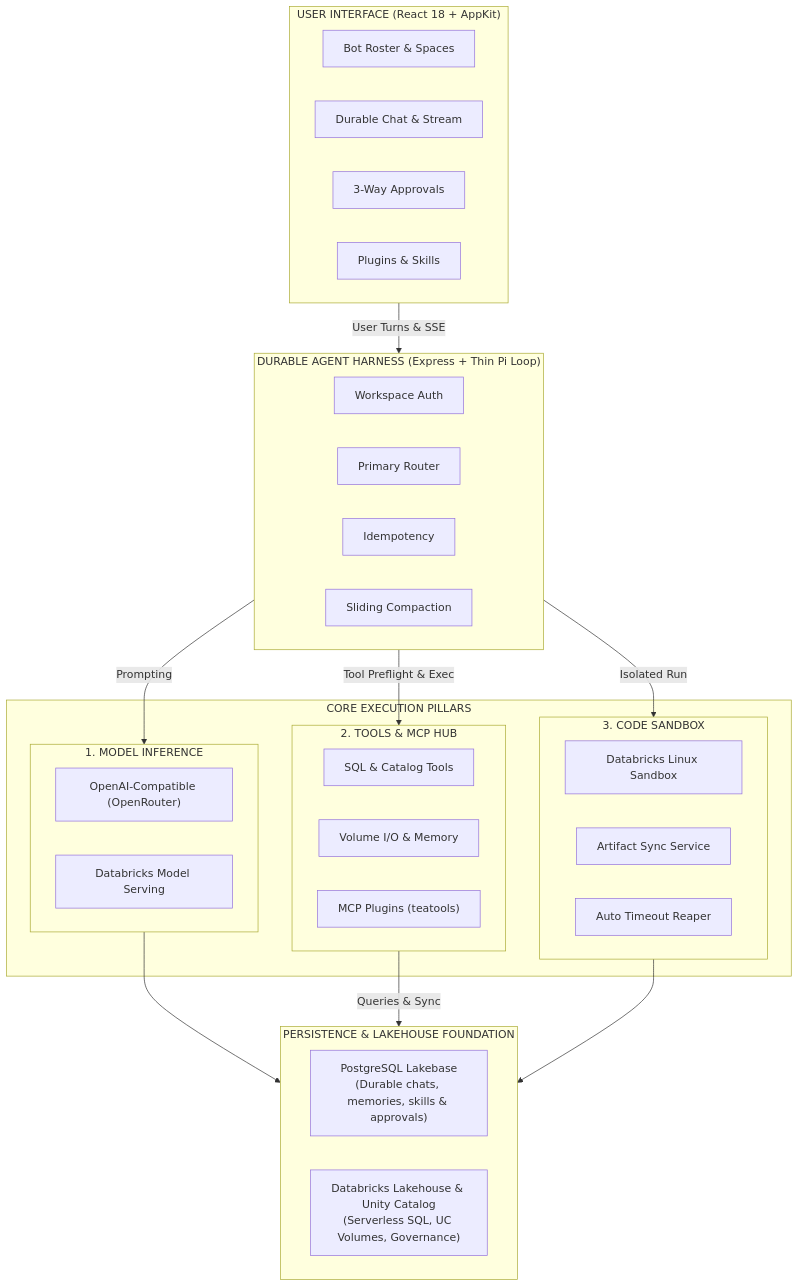
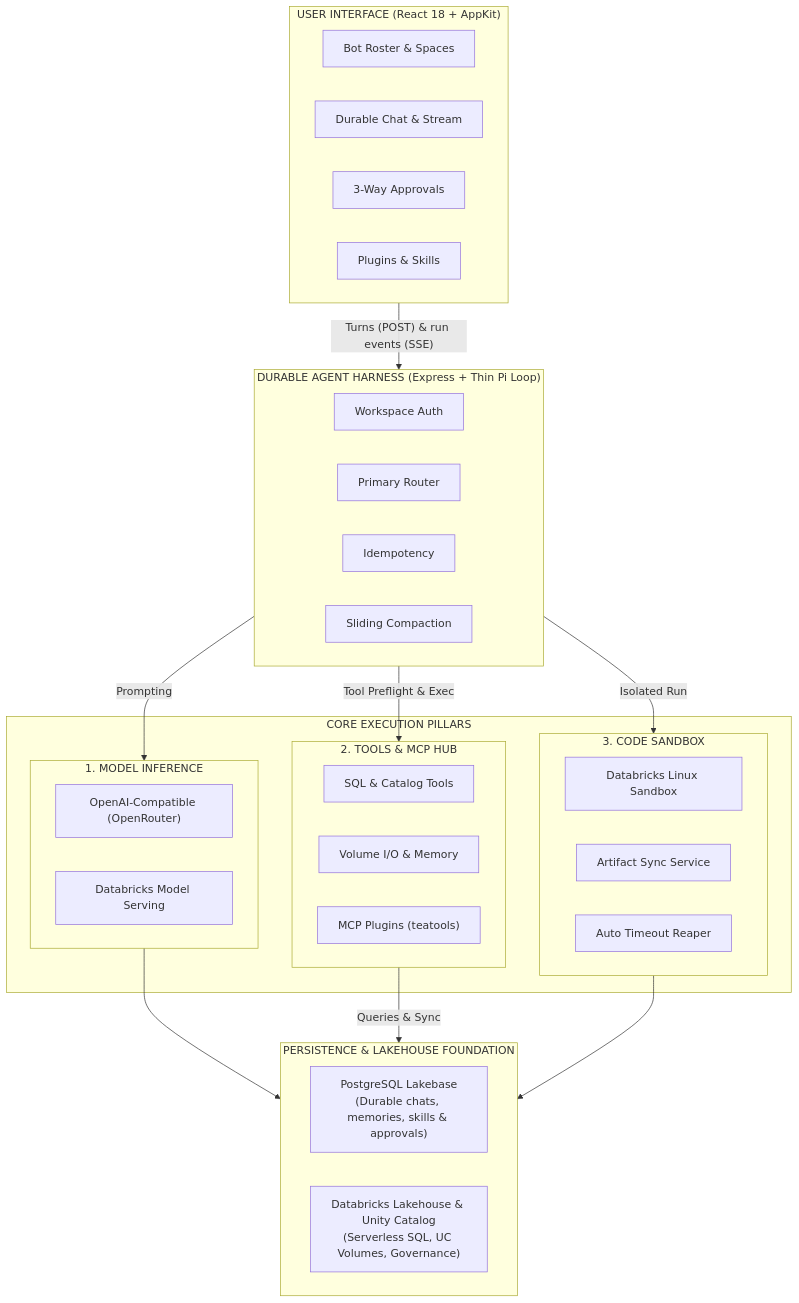
The diagram in docs/architecture.md (matheusbuniotto/bricksbot), drawn with Mermaid before and after one commit. The commit also changed other lines of this file and 21 other files, not shown here.

First line of the commit message:
feat: SSE run feed, token streaming, and an async client

````diff
--- a/docs/architecture.md
+++ b/docs/architecture.md
@@ -11,51 +11,51 @@
 ```mermaid
 flowchart TD
   subgraph UI ["USER INTERFACE (React 18 + AppKit)"]
     direction LR
     U1["Bot Roster & Spaces"]
     U2["Durable Chat & Stream"]
     U3["3-Way Approvals"]
     U4["Plugins & Skills"]
   end
 
   subgraph Gateway ["DURABLE AGENT HARNESS (Express + Thin Pi Loop)"]
     direction LR
     G1["Workspace Auth"]
     G2["Primary Router"]
     G3["Idempotency"]
     G4["Sliding Compaction"]
   end
 
   subgraph Pillars ["CORE EXECUTION PILLARS"]
     subgraph P1 ["1. MODEL INFERENCE"]
       M1["OpenAI-Compatible (OpenRouter)"]
       M2["Databricks Model Serving"]
     end
 
     subgraph P2 ["2. TOOLS & MCP HUB"]
       T1["SQL & Catalog Tools"]
       T2["Volume I/O & Memory"]
       T3["MCP Plugins (teatools)"]
     end
 
     subgraph P3 ["3. CODE SANDBOX"]
       S1["Databricks Linux Sandbox"]
       S2["Artifact Sync Service"]
       S3["Auto Timeout Reaper"]
     end
   end
 
   subgraph Storage ["PERSISTENCE & LAKEHOUSE FOUNDATION"]
     direction LR
     D1["PostgreSQL Lakebase\n(Durable chats, memories, skills & approvals)"]
     D2["Databricks Lakehouse & Unity Catalog\n(Serverless SQL, UC Volumes, Governance)"]
   end
 
-  UI -->|"User Turns & SSE"| Gateway
+  UI -->|"Turns (POST) & run events (SSE)"| Gateway
   Gateway -->|"Prompting"| P1
   Gateway -->|"Tool Preflight & Exec"| P2
   Gateway -->|"Isolated Run"| P3
   P1 --> Storage
   P2 -->|"Queries & Sync"| Storage
   P3 --> Storage
 ```
````
